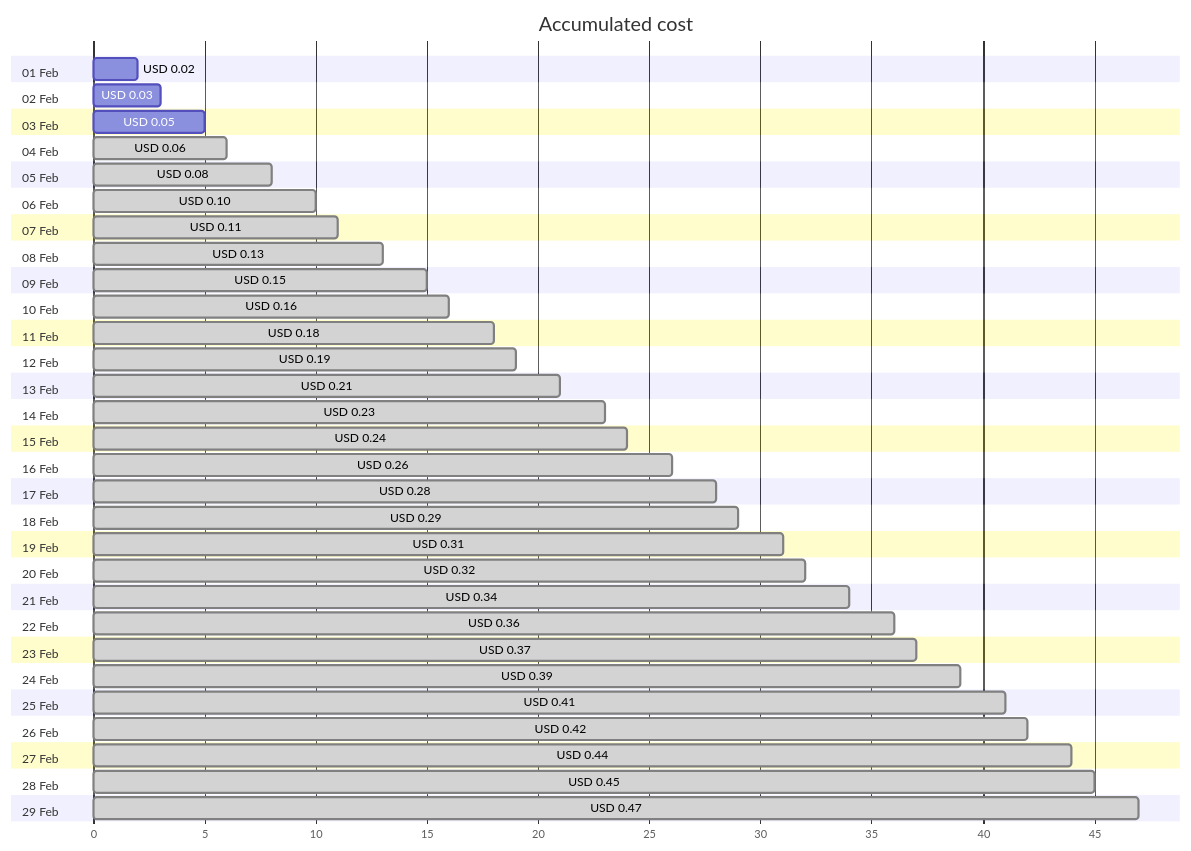
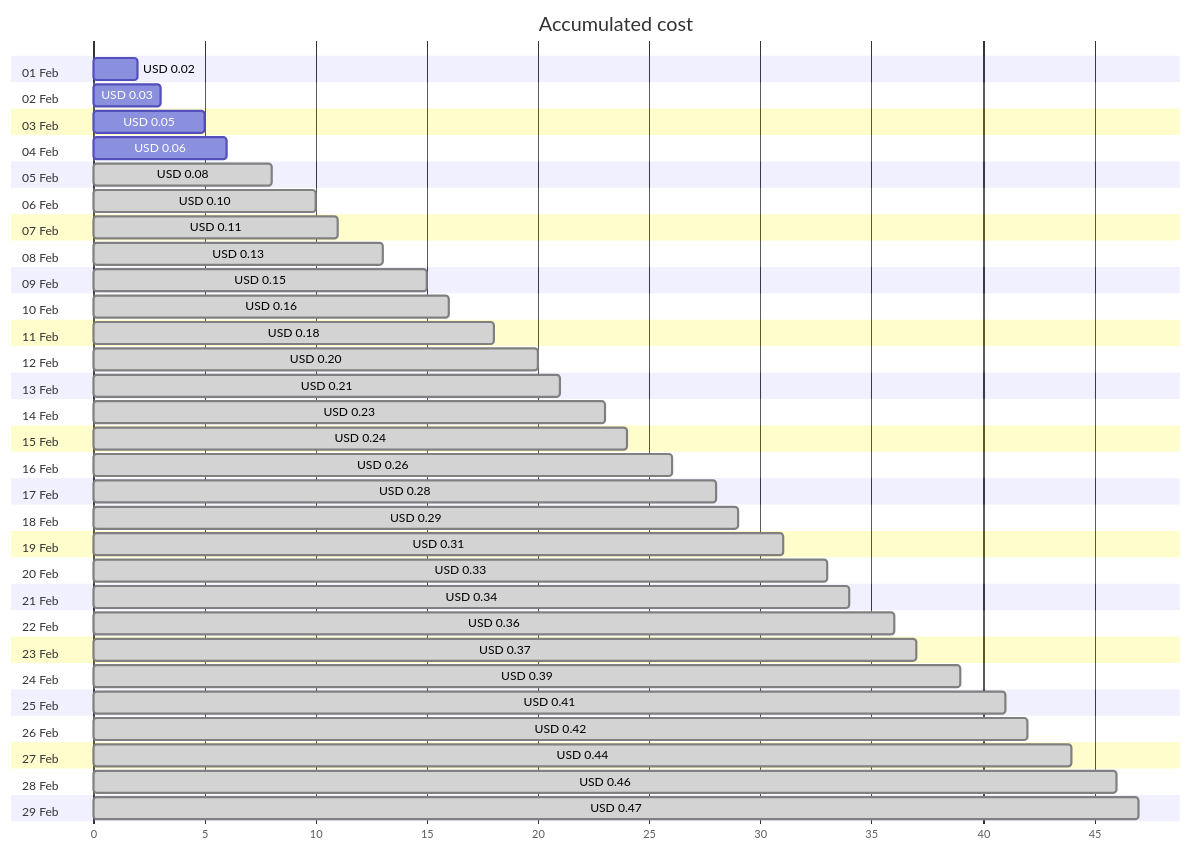
Before and after one commit to jpfulton/azure-personal-reports: the first of 4 diagrams in cost-reports/personal-dns/jpatrickfulton.com.md, drawn with Mermaid. The commit also changed other lines of this file and 2 other files, not shown here.

````diff
--- a/cost-reports/personal-dns/jpatrickfulton.com.md
+++ b/cost-reports/personal-dns/jpatrickfulton.com.md
@@ -20,64 +20,64 @@
 ```mermaid
 gantt
    title Accumulated cost
    dateFormat  X
    axisFormat %s
    section 01 Feb
    USD 0.02 :0, 2
    section 02 Feb
    USD 0.03 :0, 3
    section 03 Feb
    USD 0.05 :0, 5
    section 04 Feb
-   USD 0.06 : done, 0, 6
+   USD 0.06 :0, 6
    section 05 Feb
    USD 0.08 : done, 0, 8
    section 06 Feb
    USD 0.10 : done, 0, 10
    section 07 Feb
    USD 0.11 : done, 0, 11
    section 08 Feb
    USD 0.13 : done, 0, 13
    section 09 Feb
    USD 0.15 : done, 0, 15
    section 10 Feb
    USD 0.16 : done, 0, 16
    section 11 Feb
    USD 0.18 : done, 0, 18
    section 12 Feb
-   USD 0.19 : done, 0, 19
+   USD 0.20 : done, 0, 20
    section 13 Feb
    USD 0.21 : done, 0, 21
    section 14 Feb
    USD 0.23 : done, 0, 23
    section 15 Feb
    USD 0.24 : done, 0, 24
    section 16 Feb
    USD 0.26 : done, 0, 26
    section 17 Feb
    USD 0.28 : done, 0, 28
    section 18 Feb
    USD 0.29 : done, 0, 29
    section 19 Feb
    USD 0.31 : done, 0, 31
    section 20 Feb
-   USD 0.32 : done, 0, 32
+   USD 0.33 : done, 0, 33
    section 21 Feb
    USD 0.34 : done, 0, 34
    section 22 Feb
    USD 0.36 : done, 0, 36
    section 23 Feb
    USD 0.37 : done, 0, 37
    section 24 Feb
    USD 0.39 : done, 0, 39
    section 25 Feb
    USD 0.41 : done, 0, 41
    section 26 Feb
    USD 0.42 : done, 0, 42
    section 27 Feb
    USD 0.44 : done, 0, 44
    section 28 Feb
-   USD 0.45 : done, 0, 45
+   USD 0.46 : done, 0, 46
    section 29 Feb
    USD 0.47 : done, 0, 47
 ```
````
